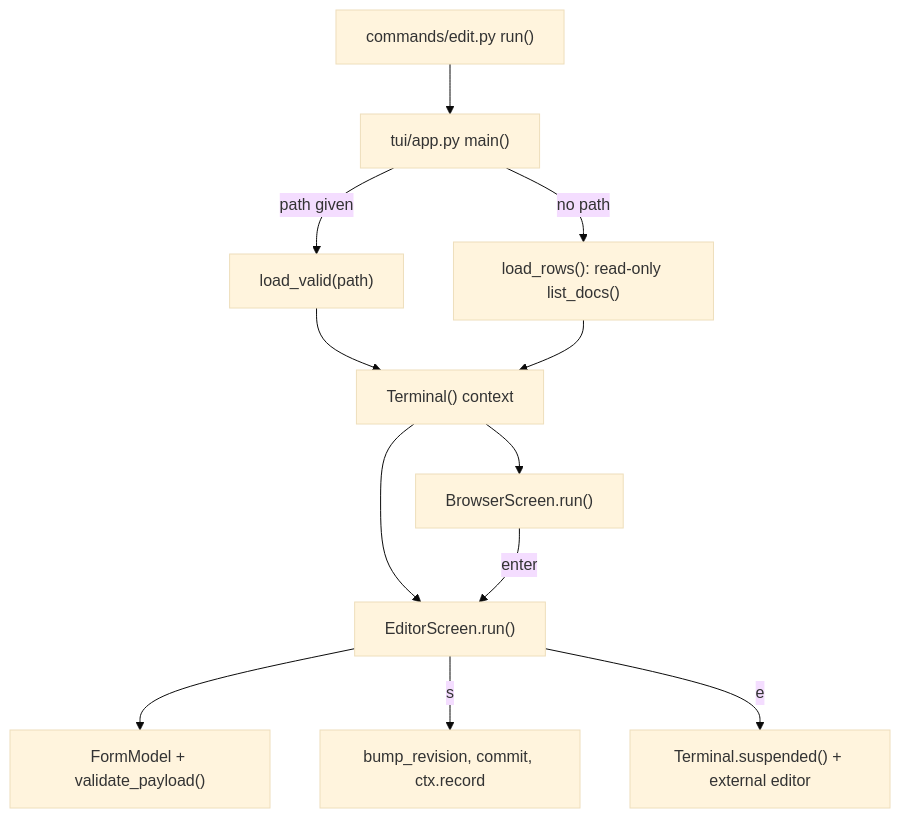
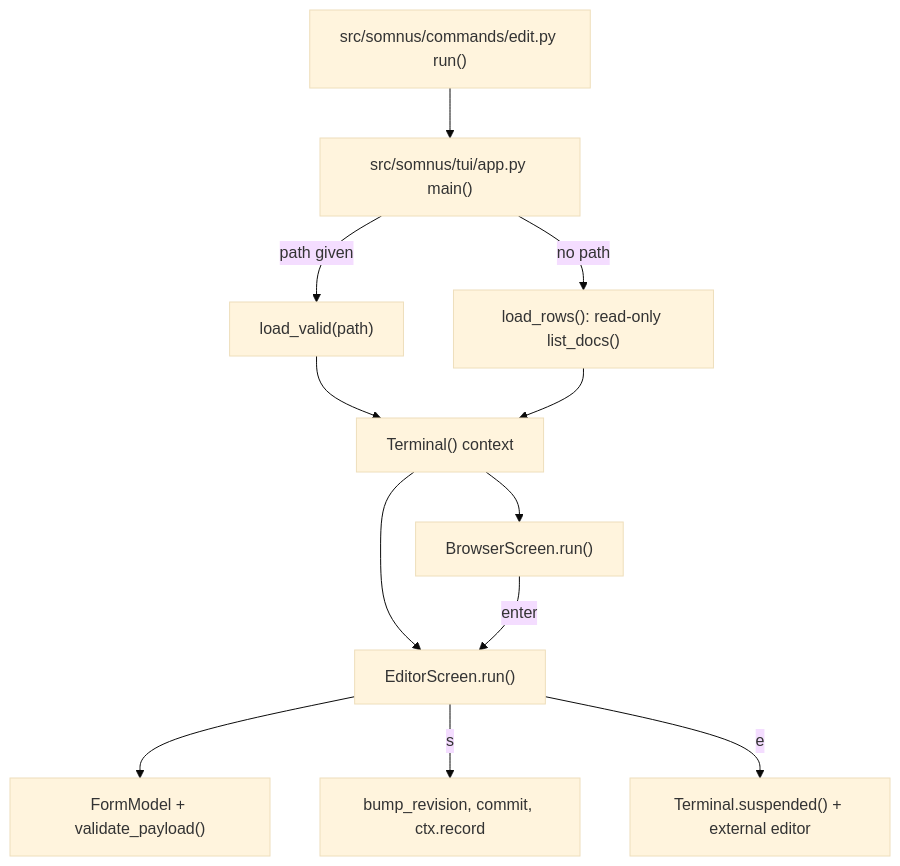
One commit to calisweetleaf/somnus-metadata changed the diagram in droid-wiki/systems/tui.md. Above: the diagram before and after it, drawn with Mermaid (base theme). The commit also changed other lines of this file and 31 other files, not shown here.

````diff
--- a/droid-wiki/systems/tui.md
+++ b/droid-wiki/systems/tui.md
@@ -49,14 +53,14 @@
 ```mermaid
 graph TD
-    Edit["commands/edit.py run()"] --> Main["tui/app.py main()"]
+    Edit["src/somnus/commands/edit.py run()"] --> Main["src/somnus/tui/app.py main()"]
     Main -->|"path given"| Load["load_valid(path)"]
     Main -->|"no path"| Rows["load_rows(): read-only list_docs()"]
     Load --> Term["Terminal() context"]
     Rows --> Term
     Term --> Browser["BrowserScreen.run()"]
     Term --> Editor["EditorScreen.run()"]
     Browser -->|"enter"| Editor
     Editor --> Form["FormModel + validate_payload()"]
     Editor -->|"s"| Save["bump_revision, commit, ctx.record"]
     Editor -->|"e"| Ext["Terminal.suspended() + external editor"]
 ```
````
